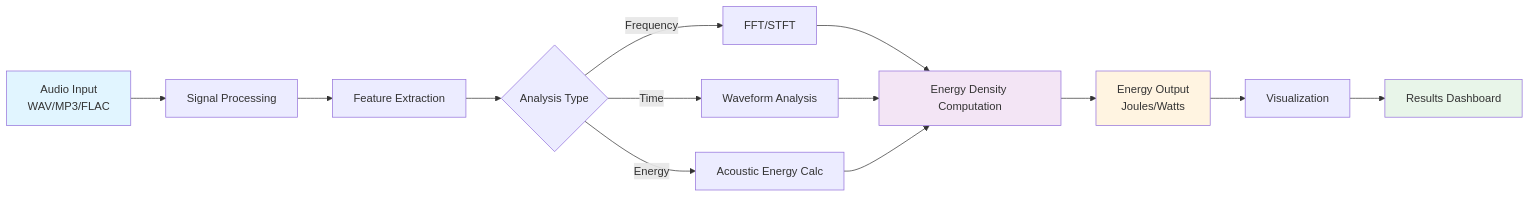
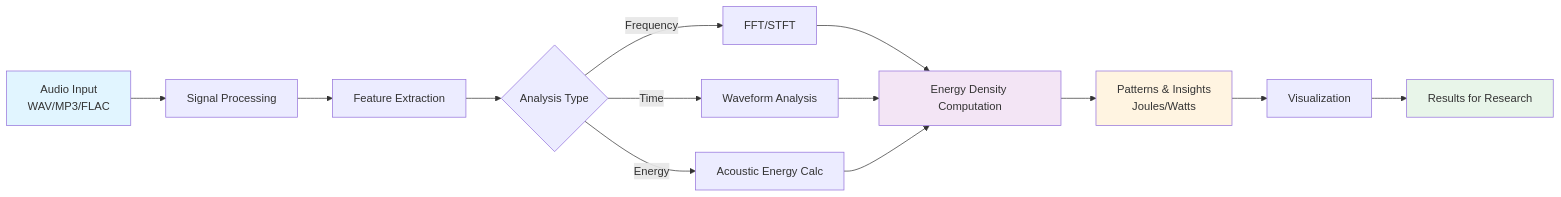
Before and after one commit to Symphonic-Joules/Symphonic-Joules: the diagram in README.md, drawn with Mermaid. The commit also changed other lines of this file, not shown here.

````diff
--- a/README.md
+++ b/README.md
@@ -45,20 +77,20 @@
 ```mermaid
 graph LR
     A[Audio Input<br/>WAV/MP3/FLAC] --> B[Signal Processing]
     B --> C[Feature Extraction]
     C --> D{Analysis Type}
     D -->|Frequency| E[FFT/STFT]
     D -->|Time| F[Waveform Analysis]
     D -->|Energy| G[Acoustic Energy Calc]
     E --> H[Energy Density Computation]
     F --> H
     G --> H
-    H --> I[Energy Output<br/>Joules/Watts]
+    H --> I[Patterns & Insights<br/>Joules/Watts]
     I --> J[Visualization]
-    J --> K[Results Dashboard]
+    J --> K[Results for Research]
     
     style A fill:#e1f5ff
     style I fill:#fff4e1
     style K fill:#e8f5e9
     style H fill:#f3e5f5
 ```
````
